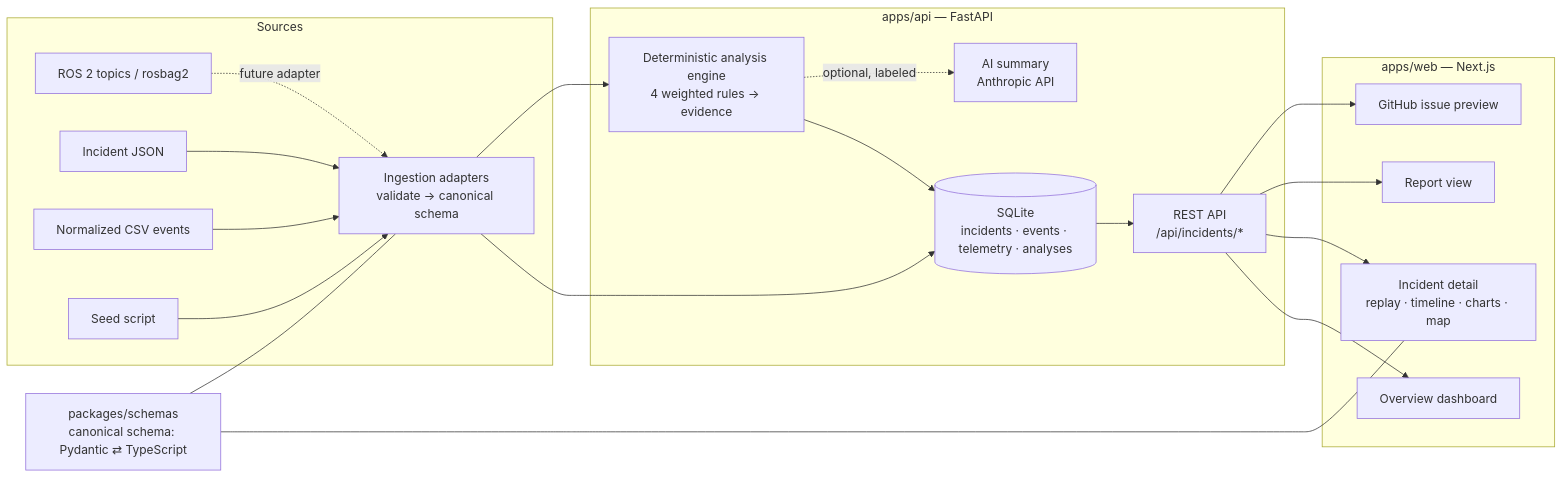
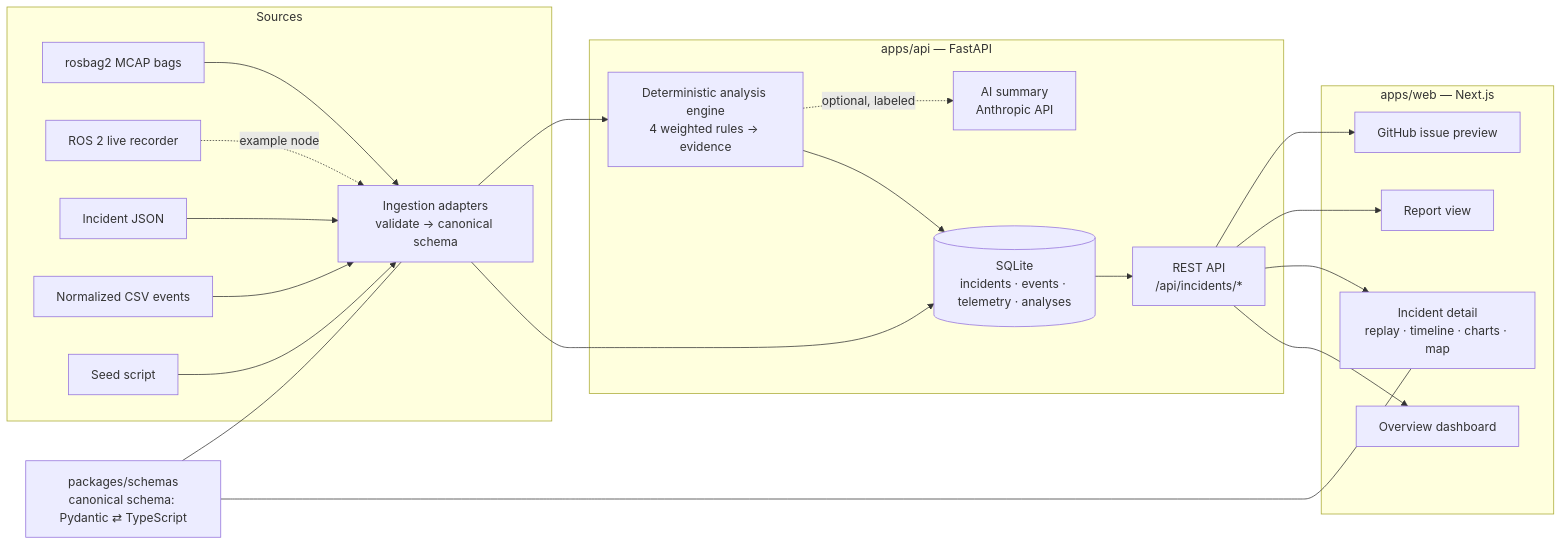
Before and after one commit to arnavsharmaa/blackbox: the diagram in README.md, drawn with Mermaid. The commit also changed other lines of this file and 1 other file, not shown here.

Commit message:
Add CI: backend and frontend checks plus Docker compose smoke test

````diff
--- a/README.md
+++ b/README.md
@@ -29,27 +31,28 @@
 ```mermaid
 flowchart LR
     subgraph Sources
-        R[ROS 2 topics / rosbag2] -.future adapter.-> ING
+        R[rosbag2 MCAP bags] --> ING
+        L[ROS 2 live recorder] -.example node.-> ING
         J[Incident JSON] --> ING
         C[Normalized CSV events] --> ING
         S[Seed script] --> ING
     end
 
     subgraph "apps/api — FastAPI"
         ING[Ingestion adapters<br/>validate → canonical schema] --> DB[(SQLite<br/>incidents · events · telemetry · analyses)]
         ING --> AN[Deterministic analysis engine<br/>4 weighted rules → evidence]
         AN --> DB
         DB --> API[REST API<br/>/api/incidents/*]
         AN -. optional, labeled .-> AI[AI summary<br/>Anthropic API]
     end
 
     subgraph "apps/web — Next.js"
         API --> OV[Overview dashboard]
         API --> DET[Incident detail<br/>replay · timeline · charts · map]
         API --> REP[Report view]
         API --> GH[GitHub issue preview]
     end
 
     SCH[packages/schemas<br/>canonical schema: Pydantic ⇄ TypeScript] --- ING
     SCH --- DET
 ```
````
